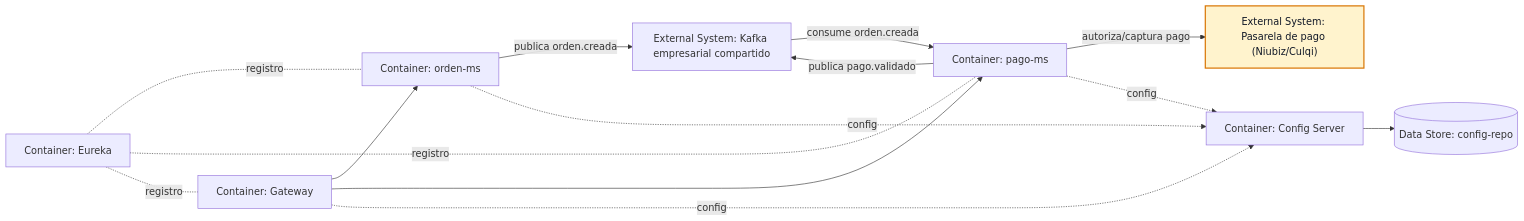
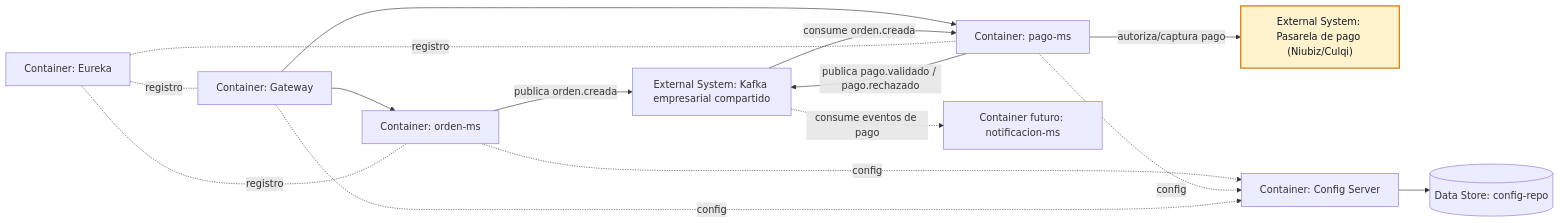
Before and after one commit to 262dist/pagatu: the third of 17 diagrams in README_02_ARQUITECTURA_DETALLADA.md, drawn with Mermaid. The commit also changed other lines of this file, not shown here.

````diff
--- a/README_02_ARQUITECTURA_DETALLADA.md
+++ b/README_02_ARQUITECTURA_DETALLADA.md
@@ -58,22 +58,23 @@
 ```mermaid
 flowchart LR
     gateway["Container: Gateway"] --> orden["Container: orden-ms"]
     gateway --> pago["Container: pago-ms"]
 
     orden -- publica orden.creada --> kafka["External System: Kafka empresarial compartido"]
     kafka -- consume orden.creada --> pago
     pago -- autoriza/captura pago --> pasarela["External System: Pasarela de pago (Niubiz/Culqi)"]
-    pago -- publica pago.validado --> kafka
+    pago -- publica pago.validado / pago.rechazado --> kafka
+    kafka -. consume eventos de pago .-> notificacion["Container futuro: notificacion-ms"]
 
     config["Container: Config Server"] --> configrepo[(Data Store: config-repo)]
     orden -. config .-> config
     pago -. config .-> config
     gateway -. config .-> config
 
     eureka["Container: Eureka"] -. registro .- orden
     eureka -. registro .- pago
     eureka -. registro .- gateway
 
     classDef external fill:#fff3cd,stroke:#d97706,stroke-width:2px,color:#111827
     class pasarela external
 ```
````
